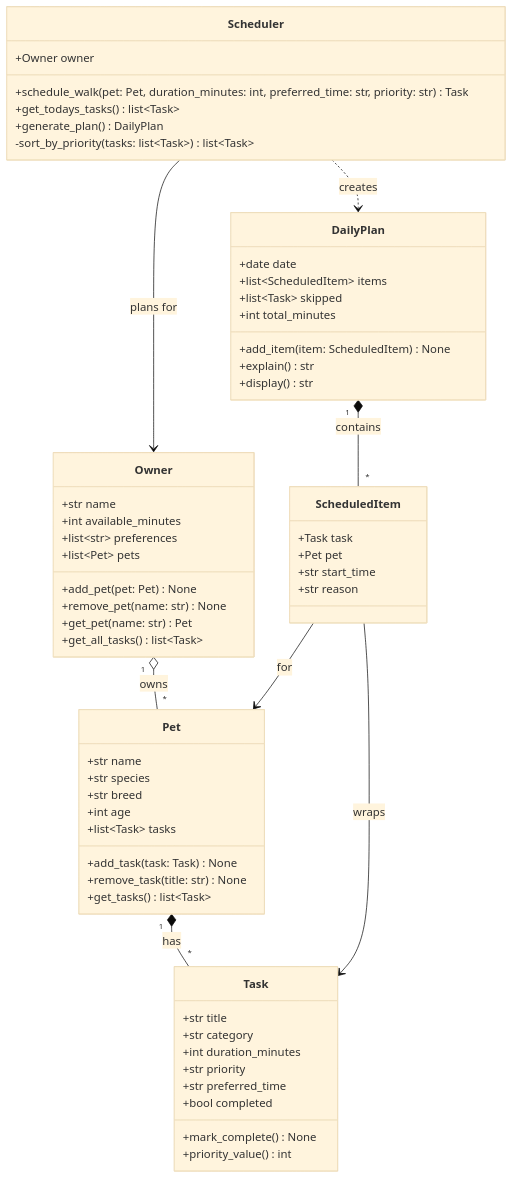
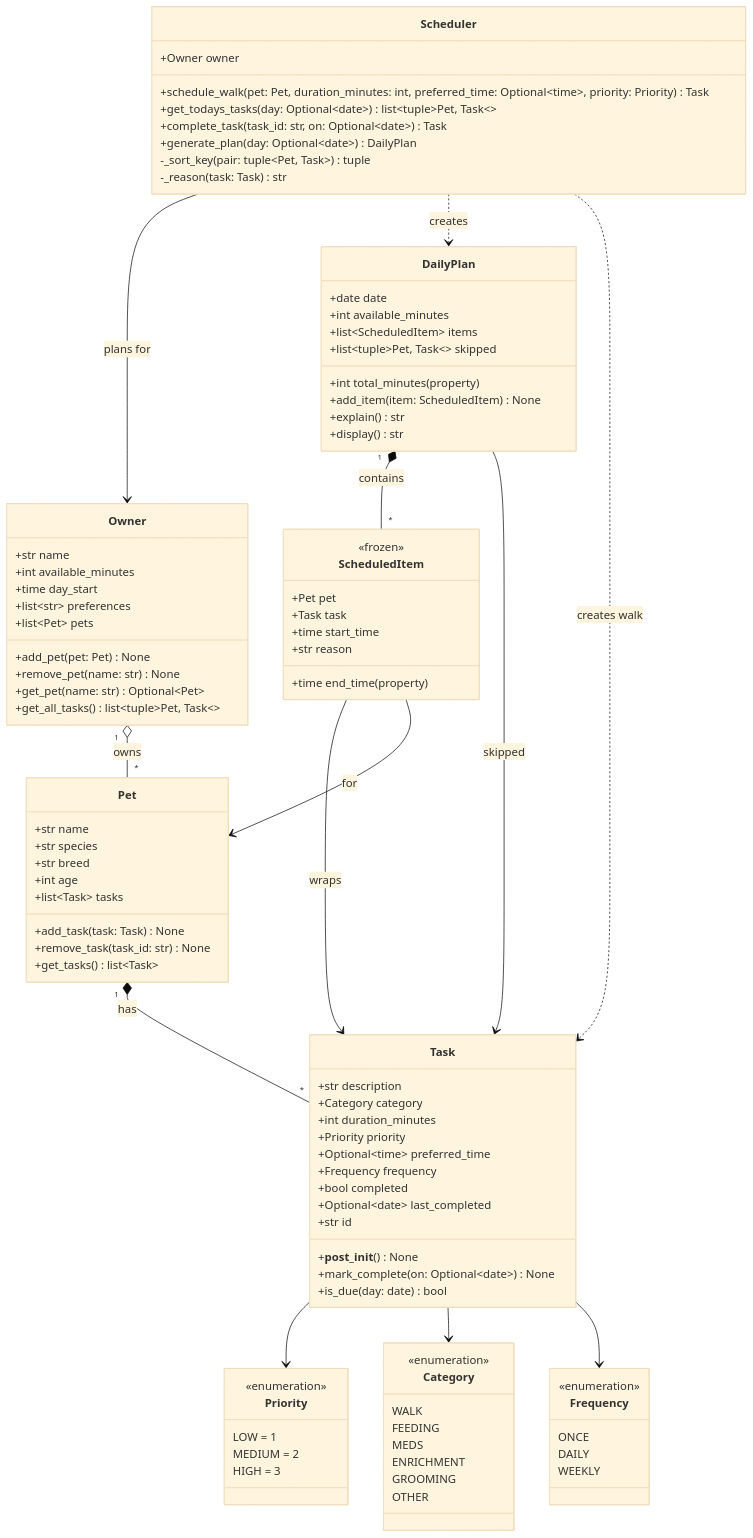
Before and after one commit to markkubrak/ai110-module2show-pawpal-starter: the diagram in diagrams/uml_draft.mmd, drawn with Mermaid (base theme). The commit also changed 7 other files, not shown here.

First line of the commit message:
Implement PawPal+ logic layer, demo script, and tests

```diff
--- a/diagrams/uml_draft.mmd
+++ b/diagrams/uml_draft.mmd
@@ -1,68 +1,107 @@
 classDiagram
-    %% PawPal+ initial design draft.
+    %% PawPal+ design draft (matches pawpal_system.py skeleton).
+
+    class Priority {
+        <<enumeration>>
+        LOW = 1
+        MEDIUM = 2
+        HIGH = 3
+    }
+
+    class Category {
+        <<enumeration>>
+        WALK
+        FEEDING
+        MEDS
+        ENRICHMENT
+        GROOMING
+        OTHER
+    }
+
+    class Frequency {
+        <<enumeration>>
+        ONCE
+        DAILY
+        WEEKLY
+    }
 
     class Owner {
         +str name
         +int available_minutes
+        +time day_start
         +list~str~ preferences
         +list~Pet~ pets
         +add_pet(pet: Pet) None
         +remove_pet(name: str) None
-        +get_pet(name: str) Pet
-        +get_all_tasks() list~Task~
+        +get_pet(name: str) Optional~Pet~
+        +get_all_tasks() list~tuple~Pet, Task~~
     }
 
     class Pet {
         +str name
         +str species
         +str breed
         +int age
         +list~Task~ tasks
         +add_task(task: Task) None
-        +remove_task(title: str) None
+        +remove_task(task_id: str) None
         +get_tasks() list~Task~
     }
 
     class Task {
-        +str title
-        +str category
+        +str description
+        +Category category
         +int duration_minutes
-        +str priority
-        +str preferred_time
+        +Priority priority
+        +Optional~time~ preferred_time
+        +Frequency frequency
         +bool completed
-        +mark_complete() None
-        +priority_value() int
+        +Optional~date~ last_completed
+        +str id
+        +__post_init__() None
+        +mark_complete(on: Optional~date~) None
+        +is_due(day: date) bool
     }
 
     class Scheduler {
         +Owner owner
-        +schedule_walk(pet: Pet, duration_minutes: int, preferred_time: str, priority: str) Task
-        +get_todays_tasks() list~Task~
-        +generate_plan() DailyPlan
-        -sort_by_priority(tasks: list~Task~) list~Task~
+        +schedule_walk(pet: Pet, duration_minutes: int, preferred_time: Optional~time~, priority: Priority) Task
+        +get_todays_tasks(day: Optional~date~) list~tuple~Pet, Task~~
+        +complete_task(task_id: str, on: Optional~date~) Task
+        +generate_plan(day: Optional~date~) DailyPlan
+        -_sort_key(pair: tuple~Pet, Task~) tuple
+        -_reason(task: Task) str
     }
 
     class DailyPlan {
         +date date
+        +int available_minutes
         +list~ScheduledItem~ items
-        +list~Task~ skipped
-        +int total_minutes
+        +list~tuple~Pet, Task~~ skipped
+        +int total_minutes (property)
         +add_item(item: ScheduledItem) None
         +explain() str
         +display() str
     }
 
     class ScheduledItem {
+        <<frozen>>
+        +Pet pet
         +Task task
-        +Pet pet
-        +str start_time
+        +time start_time
         +str reason
+        +time end_time (property)
     }
 
     Owner "1" o-- "*" Pet : owns
     Pet "1" *-- "*" Task : has
+    Task --> Priority
+    Task --> Category
+    Task --> Frequency
     Scheduler --> Owner : plans for
     Scheduler ..> DailyPlan : creates
+    Scheduler ..> Task : creates walk
     DailyPlan "1" *-- "*" ScheduledItem : contains
+    DailyPlan --> Task : skipped
     ScheduledItem --> Task : wraps
     ScheduledItem --> Pet : for
```
